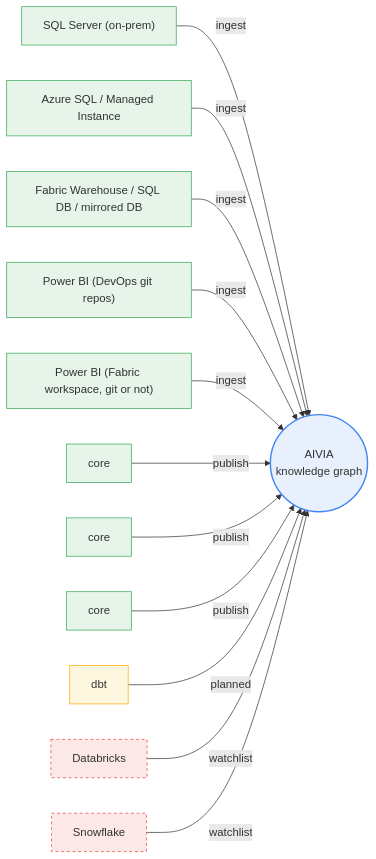
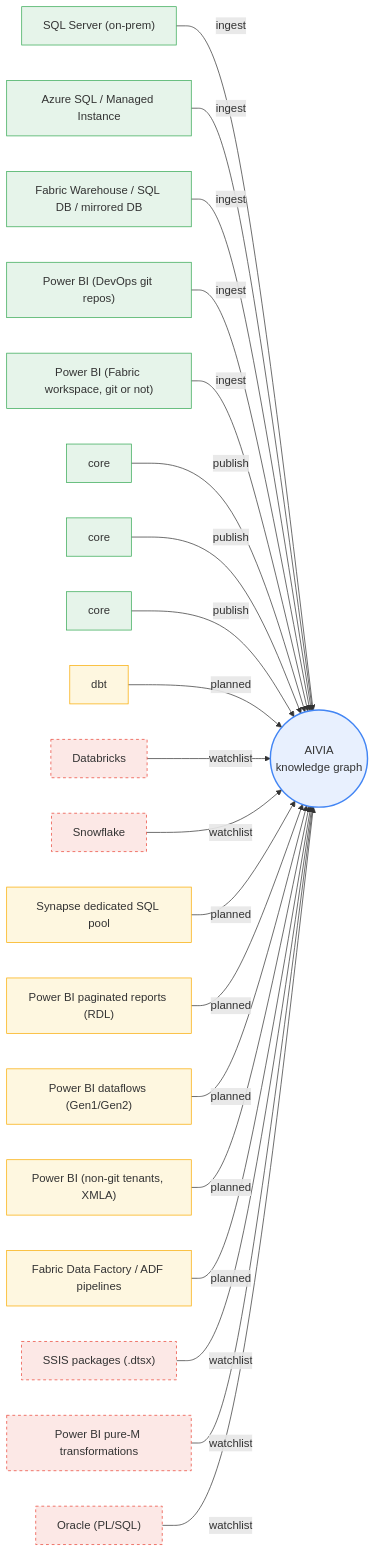
One commit to sunnyzhengai/sql-query-agent changed the diagram in docs/architecture/INTEGRATION_MAP.md. Above: the diagram before and after it, drawn with Mermaid. The commit also changed other lines of this file and 12 other files, not shown here.

````diff
--- a/docs/architecture/INTEGRATION_MAP.md
+++ b/docs/architecture/INTEGRATION_MAP.md
@@ -13,30 +18,46 @@
 ```mermaid
 flowchart LR
   AIVIA(("AIVIA<br/>knowledge graph")):::core
   T0["SQL Server (on-prem)"]:::shipped
   T0 -->|ingest| AIVIA
   T1["Azure SQL / Managed Instance"]:::shipped
   T1 -->|ingest| AIVIA
   T2["Fabric Warehouse / SQL DB / mirrored DB"]:::shipped
   T2 -->|ingest| AIVIA
   T3["Power BI (DevOps git repos)"]:::shipped
   T3 -->|ingest| AIVIA
   T4["Power BI (Fabric workspace, git or not)"]:::shipped
   T4 -->|ingest| AIVIA
   T5["core"]:::shipped
   T5 -->|publish| AIVIA
   T6["core"]:::shipped
   T6 -->|publish| AIVIA
   T7["core"]:::shipped
   T7 -->|publish| AIVIA
   T8["dbt"]:::planned
   T8 -->|planned| AIVIA
   T9["Databricks"]:::watchlist
   T9 -->|watchlist| AIVIA
   T10["Snowflake"]:::watchlist
   T10 -->|watchlist| AIVIA
+  T11["Synapse dedicated SQL pool"]:::planned
+  T11 -->|planned| AIVIA
+  T12["Power BI paginated reports (RDL)"]:::planned
+  T12 -->|planned| AIVIA
+  T13["Power BI dataflows (Gen1/Gen2)"]:::planned
+  T13 -->|planned| AIVIA
+  T14["Power BI (non-git tenants, XMLA)"]:::planned
+  T14 -->|planned| AIVIA
+  T15["Fabric Data Factory / ADF pipelines"]:::planned
+  T15 -->|planned| AIVIA
+  T16["SSIS packages (.dtsx)"]:::watchlist
+  T16 -->|watchlist| AIVIA
+  T17["Power BI pure-M transformations"]:::watchlist
+  T17 -->|watchlist| AIVIA
+  T18["Oracle (PL/SQL)"]:::watchlist
+  T18 -->|watchlist| AIVIA
   classDef core fill:#e8f0fe,stroke:#4285f4,stroke-width:2px
   classDef shipped fill:#e6f4ea,stroke:#34a853
   classDef planned fill:#fef7e0,stroke:#f9ab00
   classDef watchlist fill:#fce8e6,stroke:#ea4335,stroke-dasharray: 4
 ```
````
